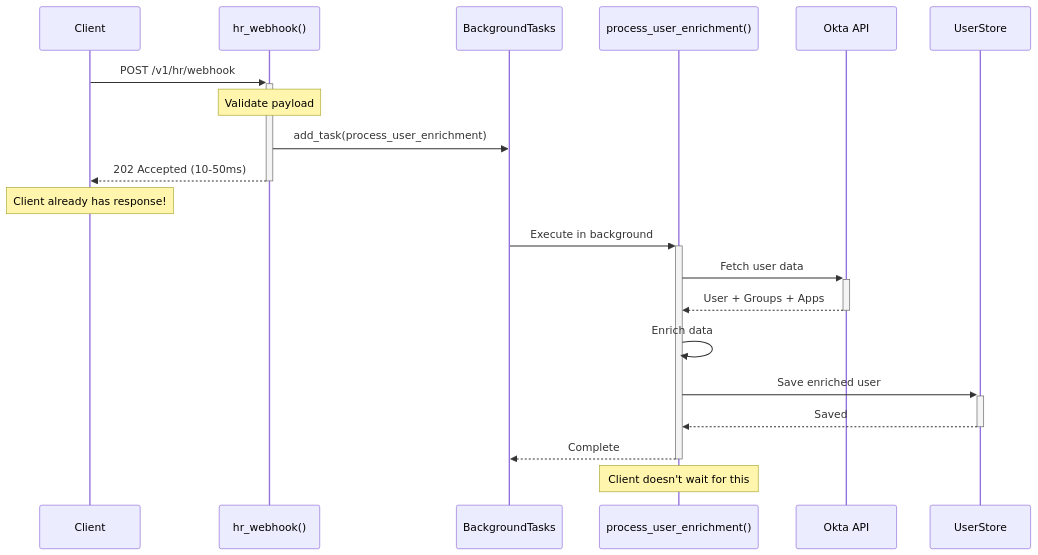
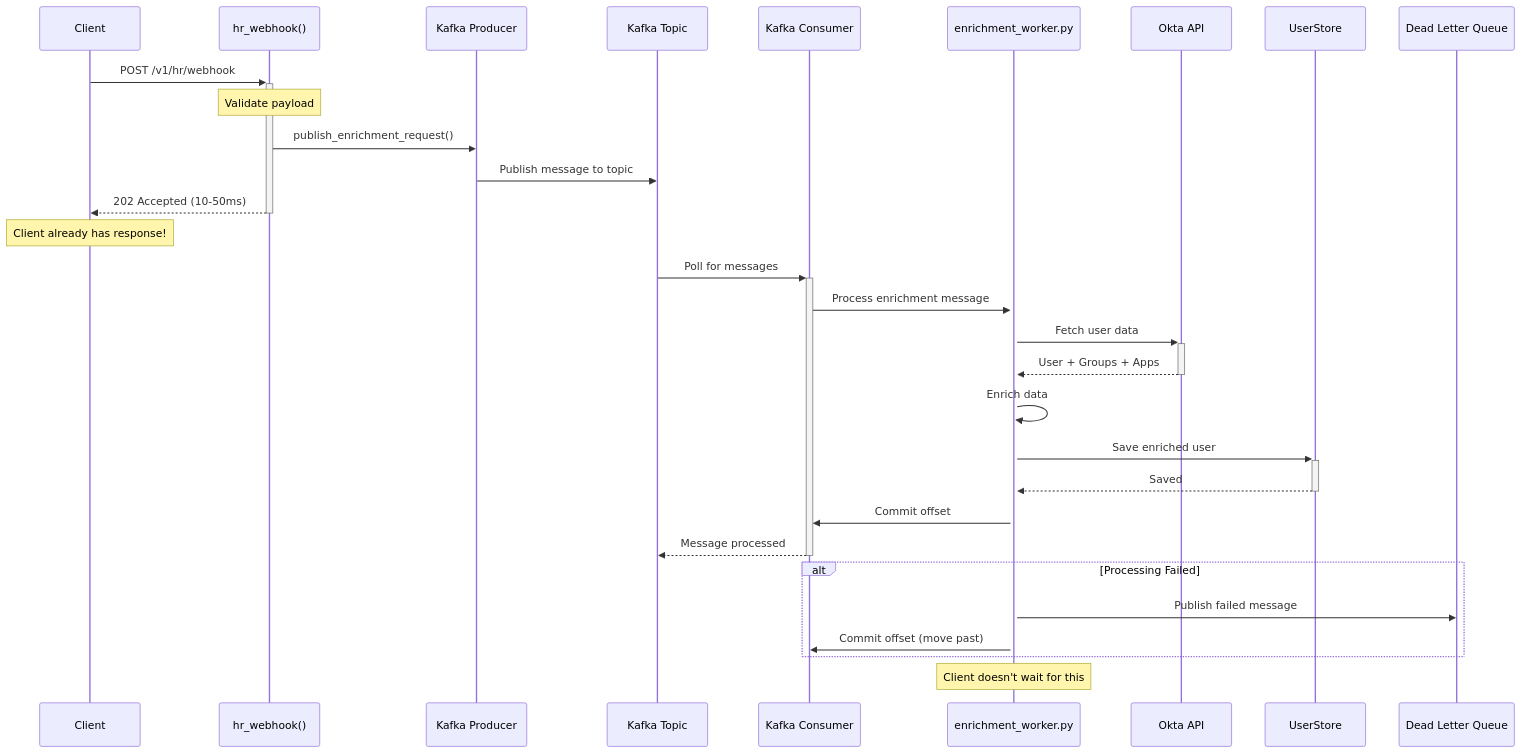
The fifth of 29 diagrams in ARCHITECTURE_DIAGRAM.md (temesgen22/user_onbording), drawn with Mermaid before and after one commit. The commit also changed other lines of this file and 10 other files, not shown here.

````diff
--- a/ARCHITECTURE_DIAGRAM.md
+++ b/ARCHITECTURE_DIAGRAM.md
@@ -277,26 +284,37 @@
 ```mermaid
 sequenceDiagram
     participant Client
     participant Webhook as hr_webhook()
-    participant Queue as BackgroundTasks
-    participant Worker as process_user_enrichment()
+    participant Producer as Kafka Producer
+    participant Kafka as Kafka Topic
+    participant Consumer as Kafka Consumer
+    participant Worker as enrichment_worker.py
     participant Okta as Okta API
     participant Store as UserStore
+    participant DLQ as Dead Letter Queue
     
     Client->>+Webhook: POST /v1/hr/webhook
     Note over Webhook: Validate payload
-    Webhook->>Queue: add_task(process_user_enrichment)
+    Webhook->>Producer: publish_enrichment_request()
+    Producer->>Kafka: Publish message to topic
     Webhook-->>-Client: 202 Accepted (10-50ms)
     
     Note over Client: Client already has response!
     
-    Queue->>+Worker: Execute in background
+    Kafka->>+Consumer: Poll for messages
+    Consumer->>+Worker: Process enrichment message
     Worker->>+Okta: Fetch user data
     Okta-->>-Worker: User + Groups + Apps
     Worker->>Worker: Enrich data
     Worker->>+Store: Save enriched user
     Store-->>-Worker: Saved
-    Worker-->>-Queue: Complete
+    Worker->>Consumer: Commit offset
+    Consumer-->>-Kafka: Message processed
+    
+    alt Processing Failed
+        Worker->>DLQ: Publish failed message
+        Worker->>Consumer: Commit offset (move past)
+    end
     
     Note over Worker: Client doesn't wait for this
 ```
````
